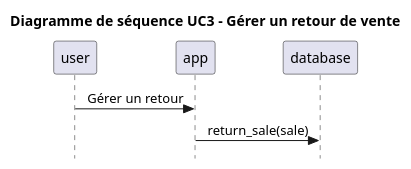
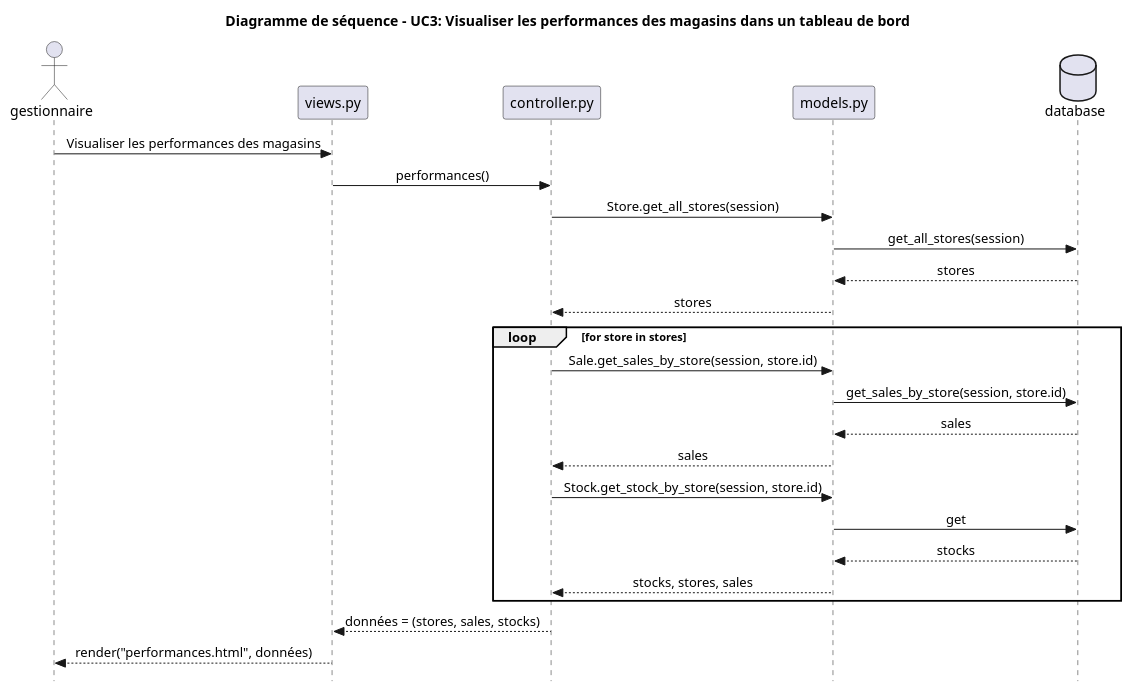
One commit to LojanArunasalam/LOG430-Lab2 changed the diagram in docs/diagrams/sequence_diagram_UC3.puml. Above: the diagram before and after it, drawn with PlantUML. The commit also changed 17 other files, not shown here.

```diff
--- a/docs/diagrams/sequence_diagram_UC3.puml
+++ b/docs/diagrams/sequence_diagram_UC3.puml
@@ -1,18 +1,37 @@
 @startuml
 skinparam style strictuml
 skinparam defaultfontname Verdana
 skinparam sequence {
     MessageAlign center
 }
 
-title Diagramme de séquence UC3 - Gérer un retour de vente
+title Diagramme de séquence - UC3: Visualiser les performances des magasins dans un tableau de bord
 
-participant "user" as user
-participant "app" as app
-participant "database" as db 
+actor gestionnaire as user
+participant "views.py" as vue
+participant "controller.py" as controller
+participant "models.py" as model
+database "database" as db
 
-user -> app : Gérer un retour 
-app -> db : return_sale(sale)
+user -> vue : Visualiser les performances des magasins
+vue -> controller : performances()
+controller -> model : Store.get_all_stores(session)
+model -> db : get_all_stores(session)
+db --> model : stores
+model --> controller : stores
 
+loop for store in stores
+    controller -> model : Sale.get_sales_by_store(session, store.id)
+    model -> db : get_sales_by_store(session, store.id)
+    db --> model : sales
+    model --> controller : sales
 
+    controller -> model : Stock.get_stock_by_store(session, store.id)
+    model -> db : get
+    db --> model : stocks
+    model --> controller : stocks, stores, sales
+end loop 
+
+controller --> vue : données = (stores, sales, stocks)
+vue --> user : render("performances.html", données)
 @enduml
```
